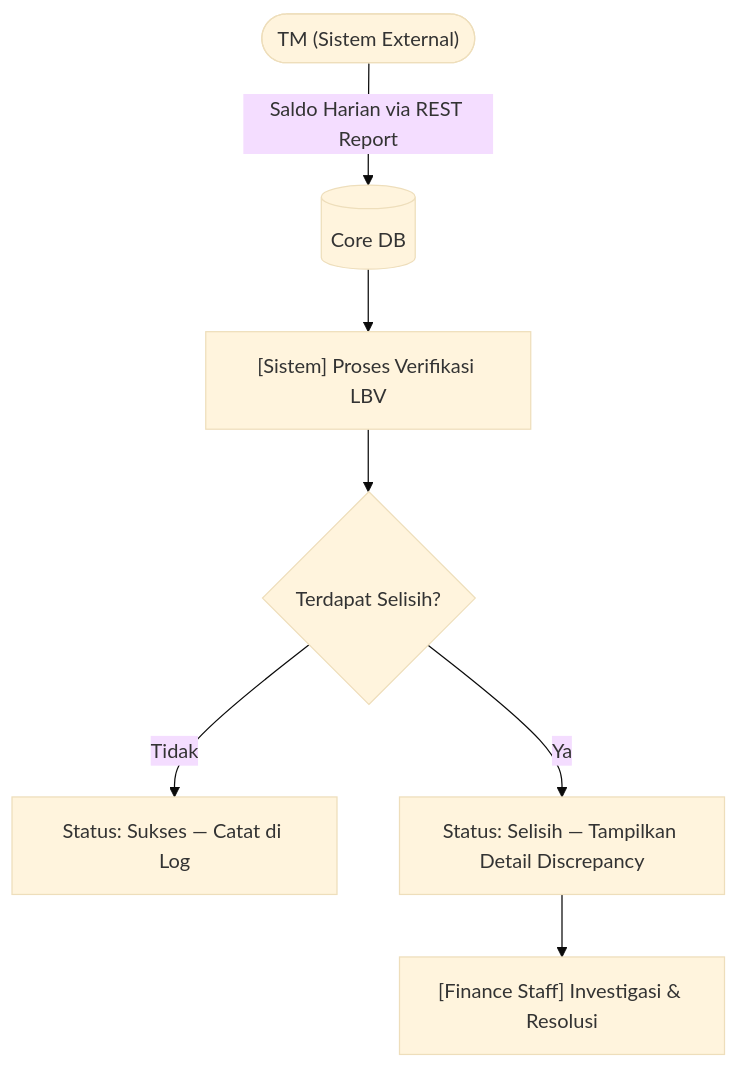
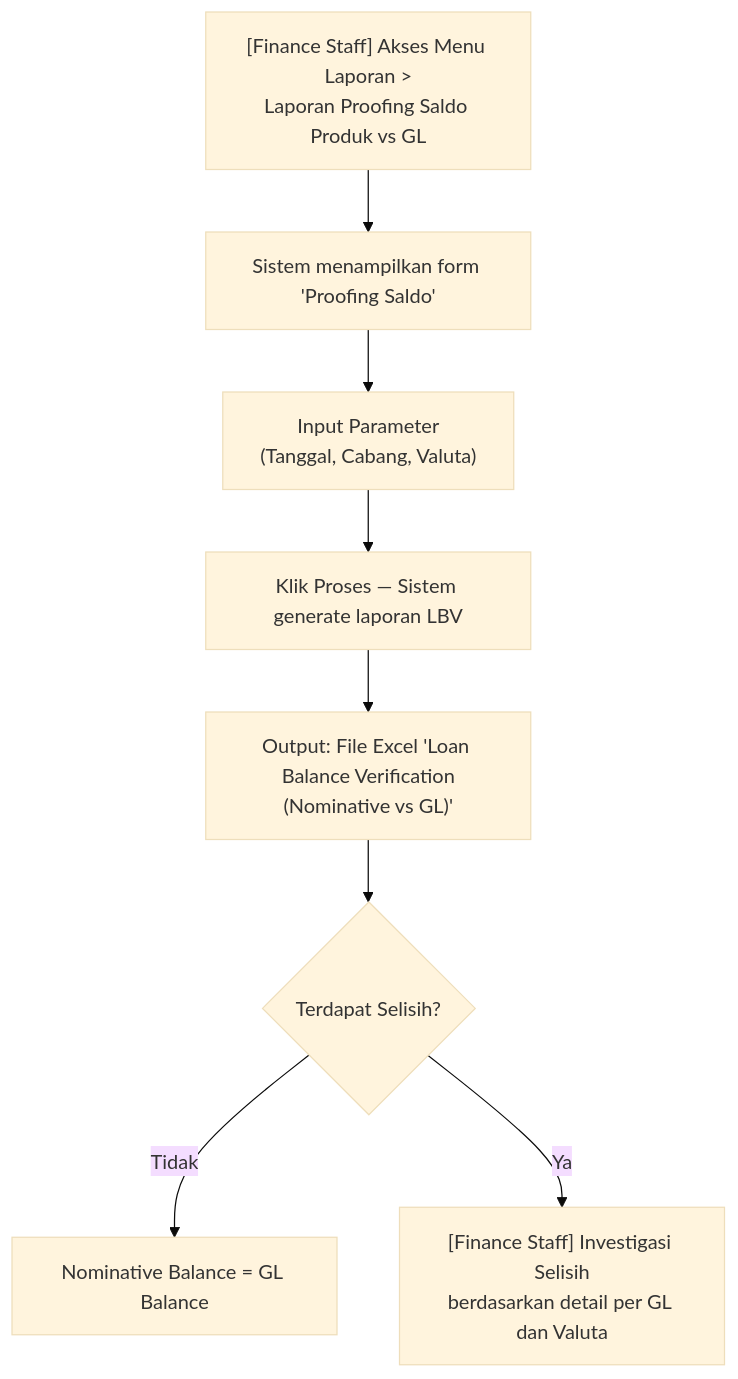
One commit to wisnu/ibank-docs changed the seventh of 9 diagrams in docs/bcas/saku_valas/fsd_sakuvalas.md. Above: the diagram before and after it, drawn with Mermaid (base theme). The commit also changed other lines of this file, not shown here.

````diff
--- a/docs/bcas/saku_valas/fsd_sakuvalas.md
+++ b/docs/bcas/saku_valas/fsd_sakuvalas.md
@@ -562,9 +561,10 @@
 ```mermaid
 flowchart TD
-    TM(["TM (Sistem External)"]) -->|"Saldo Harian via REST Report"| DB[("Core DB")]
-    DB --> A["[Sistem] Proses Verifikasi LBV"]
-    A --> B{"Terdapat Selisih?"}
-    B -->|Tidak| C["Status: Sukses — Catat di Log"]
-    B -->|Ya| D["Status: Selisih — Tampilkan Detail Discrepancy"]
-    D --> E["[Finance Staff] Investigasi & Resolusi"]
+    A["[Finance Staff] Akses Menu Laporan >\nLaporan Proofing Saldo Produk vs GL"] --> B["Sistem menampilkan form 'Proofing Saldo'"]
+    B --> C["Input Parameter\n(Tanggal, Cabang, Valuta)"]
+    C --> D["Klik Proses — Sistem generate laporan LBV"]
+    D --> E["Output: File Excel 'Loan Balance Verification\n(Nominative vs GL)'"]
+    E --> F{"Terdapat Selisih?"}
+    F -->|Tidak| G["Nominative Balance = GL Balance"]
+    F -->|Ya| H["[Finance Staff] Investigasi Selisih\nberdasarkan detail per GL dan Valuta"]
 ```
````
